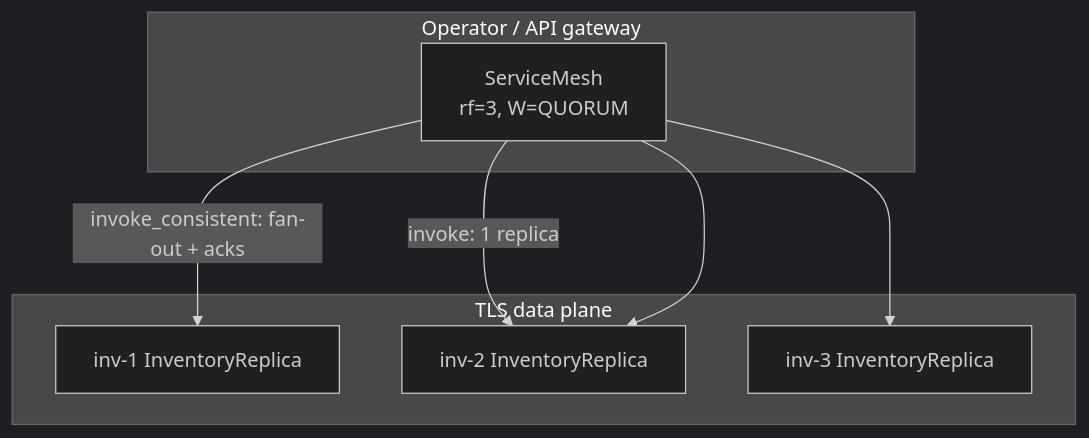
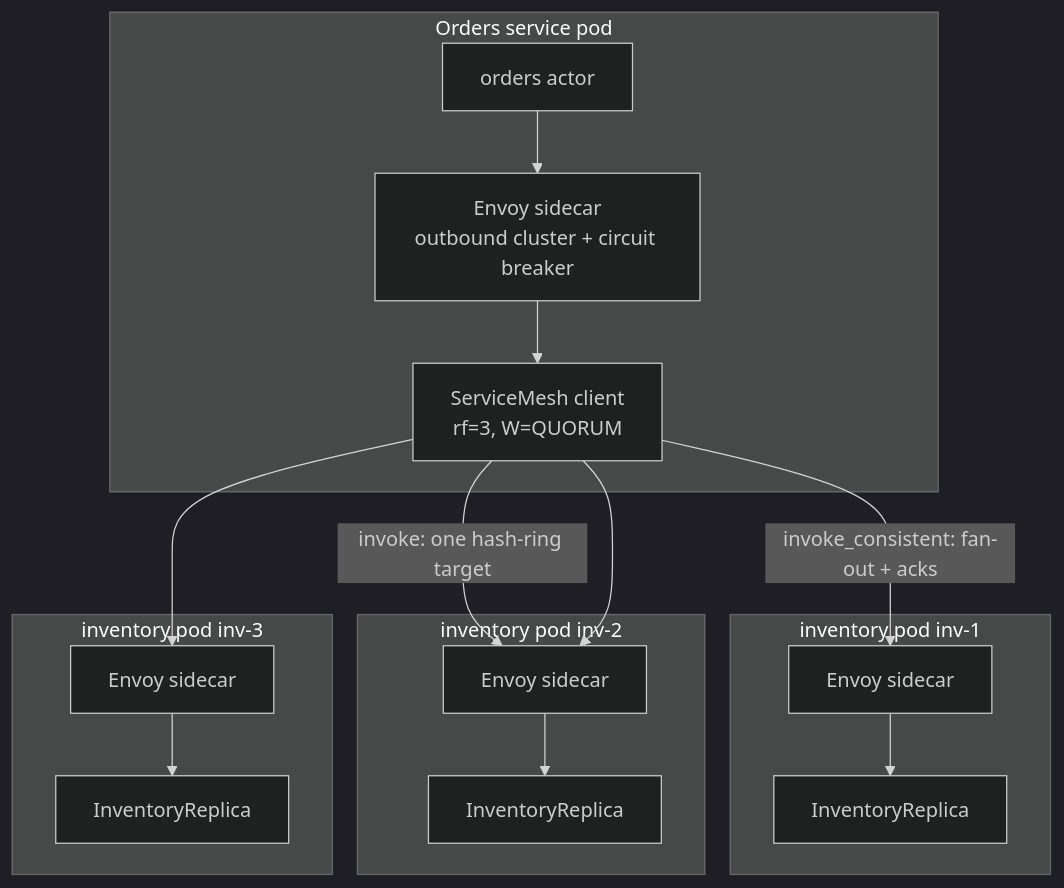
The first of 2 diagrams in examples/consistency.md (akashsoni01/lane_switchboards), drawn with Mermaid (dark theme) before and after one commit. The commit also changed other lines of this file and 1 other file, not shown here.

````diff
--- a/examples/consistency.md
+++ b/examples/consistency.md
@@ -29,17 +81,33 @@
 ```mermaid
 flowchart TB
-    subgraph client ["Operator / API gateway"]
-        MESH["ServiceMesh<br/>rf=3, W=QUORUM"]
+    subgraph client ["Orders service pod"]
+        APP["orders actor"]
+        EOUT["Envoy sidecar<br/>outbound cluster + circuit breaker"]
+        MESH["ServiceMesh client<br/>rf=3, W=QUORUM"]
+        APP --> EOUT
+        EOUT --> MESH
     end
 
-    subgraph tls ["TLS data plane"]
-        R1["inv-1 InventoryReplica"]
-        R2["inv-2 InventoryReplica"]
-        R3["inv-3 InventoryReplica"]
+    subgraph inv1 ["inventory pod inv-1"]
+        E1["Envoy sidecar"]
+        A1["InventoryReplica"]
+        E1 --> A1
     end
 
-    MESH -->|"invoke: 1 replica"| R2
-    MESH -->|"invoke_consistent: fan-out + acks"| R1
-    MESH --> R2
-    MESH --> R3
+    subgraph inv2 ["inventory pod inv-2"]
+        E2["Envoy sidecar"]
+        A2["InventoryReplica"]
+        E2 --> A2
+    end
+
+    subgraph inv3 ["inventory pod inv-3"]
+        E3["Envoy sidecar"]
+        A3["InventoryReplica"]
+        E3 --> A3
+    end
+
+    MESH -->|"invoke: one hash-ring target"| E2
+    MESH -->|"invoke_consistent: fan-out + acks"| E1
+    MESH --> E2
+    MESH --> E3
 ```
````
